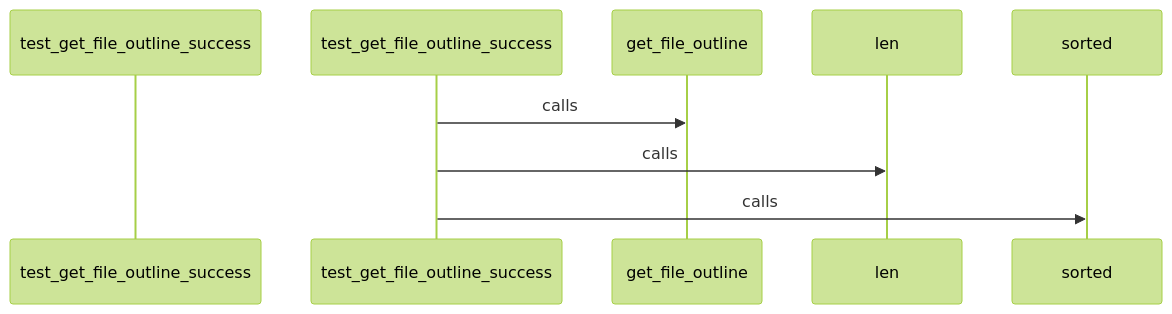
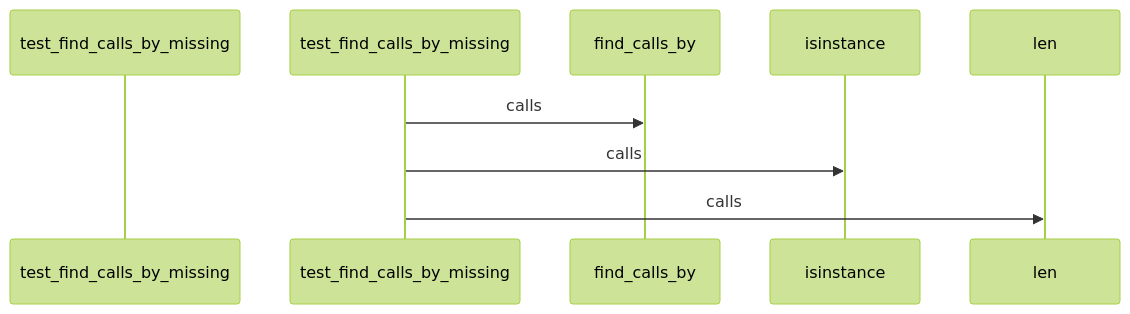
Diagram 25 of 27 in docs/CALL_FLOW.md (hazalkoom/DECODEx01), drawn with Mermaid (forest theme) before and after one commit. The commit also changed other lines of this file and 12 other files, not shown here.

````diff
--- a/docs/CALL_FLOW.md
+++ b/docs/CALL_FLOW.md
@@ -1001,17 +917,17 @@
 ```mermaid
 sequenceDiagram
-    participant Start as test_get_file_outline_success
+    participant Start as test_find_calls_by_missing
 
 
-    test_get_file_outline_success->>get_file_outline: calls
+    test_find_calls_by_missing->>find_calls_by: calls
 
 
 
-    test_get_file_outline_success->>len: calls
+    test_find_calls_by_missing->>isinstance: calls
 
 
 
-    test_get_file_outline_success->>sorted: calls
+    test_find_calls_by_missing->>len: calls
 
 
 ```
````
